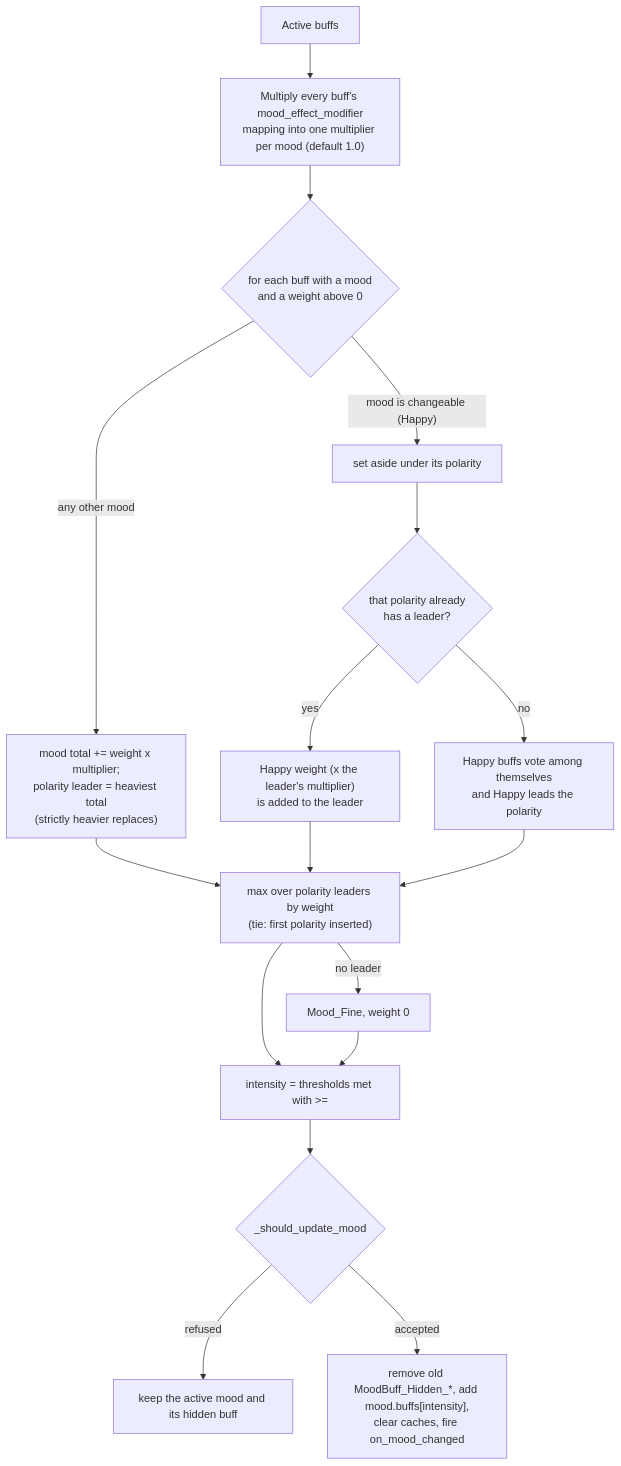
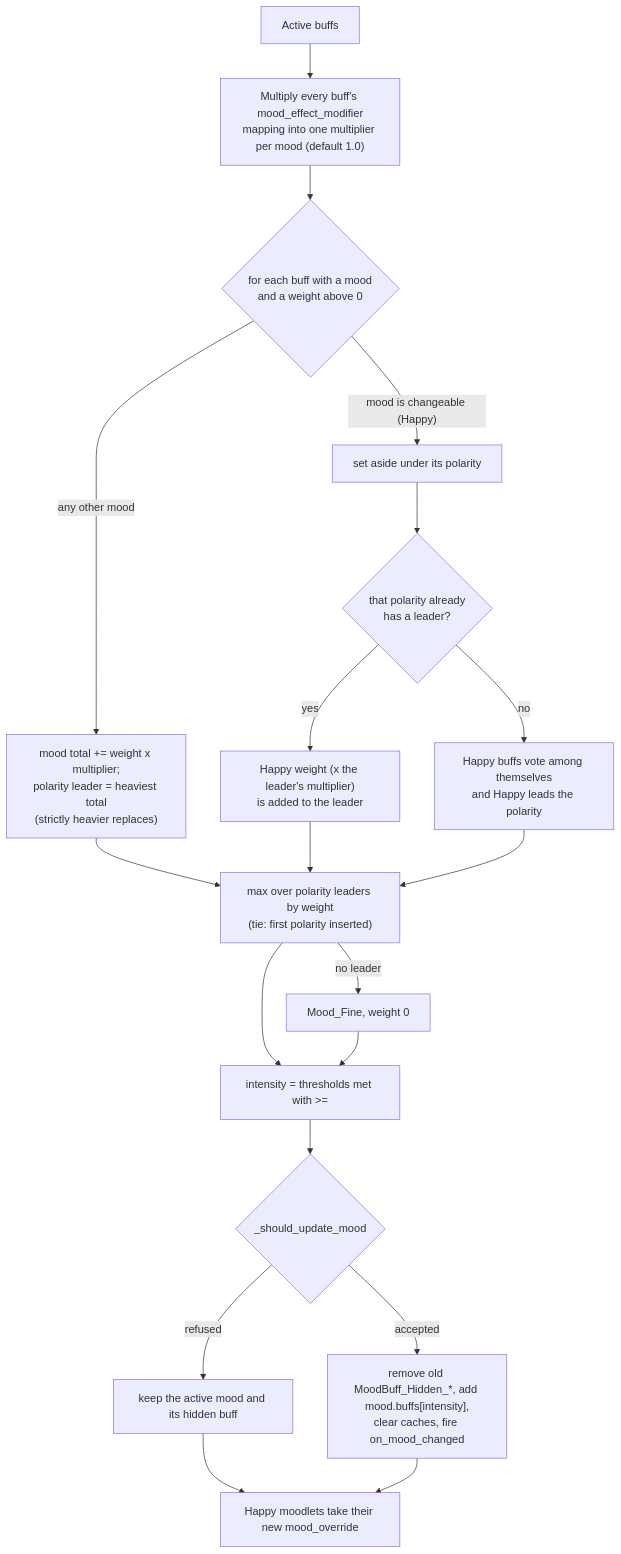
The second of 5 diagrams in src/3.07-personality-feelings.md (sudo-ezekiel/how-the-sims-4-works), drawn with Mermaid before and after one commit. The commit also changed other lines of this file and 60 other files, not shown here.

````diff
--- a/src/3.07-personality-feelings.md
+++ b/src/3.07-personality-feelings.md
@@ -154,19 +159,21 @@
 ```mermaid
 flowchart TD
   S["Active buffs"] --> M1["Multiply every buff's mood_effect_modifier<br/>mapping into one multiplier per mood (default 1.0)"]
   M1 --> L{"for each buff with a mood<br/>and a weight above 0"}
   L -->|"mood is changeable (Happy)"| H["set aside under its polarity"]
   L -->|"any other mood"| W["mood total += weight x multiplier;<br/>polarity leader = heaviest total<br/>(strictly heavier replaces)"]
   H --> Q{"that polarity already<br/>has a leader?"}
   Q -->|yes| J["Happy weight (x the leader's multiplier)<br/>is added to the leader"]
   Q -->|no| K["Happy buffs vote among themselves<br/>and Happy leads the polarity"]
   W --> P["max over polarity leaders by weight<br/>(tie: first polarity inserted)"]
   J --> P
   K --> P
   P -->|"no leader"| F["Mood_Fine, weight 0"]
   P --> I["intensity = thresholds met with >="]
   F --> I
   I --> U{"_should_update_mood"}
   U -->|"refused"| N["keep the active mood and its hidden buff"]
   U -->|"accepted"| R["remove old MoodBuff_Hidden_*, add mood.buffs[intensity],<br/>clear caches, fire on_mood_changed"]
+  N --> O["Happy moodlets take their new mood_override"]
+  R --> O
 ```
````
